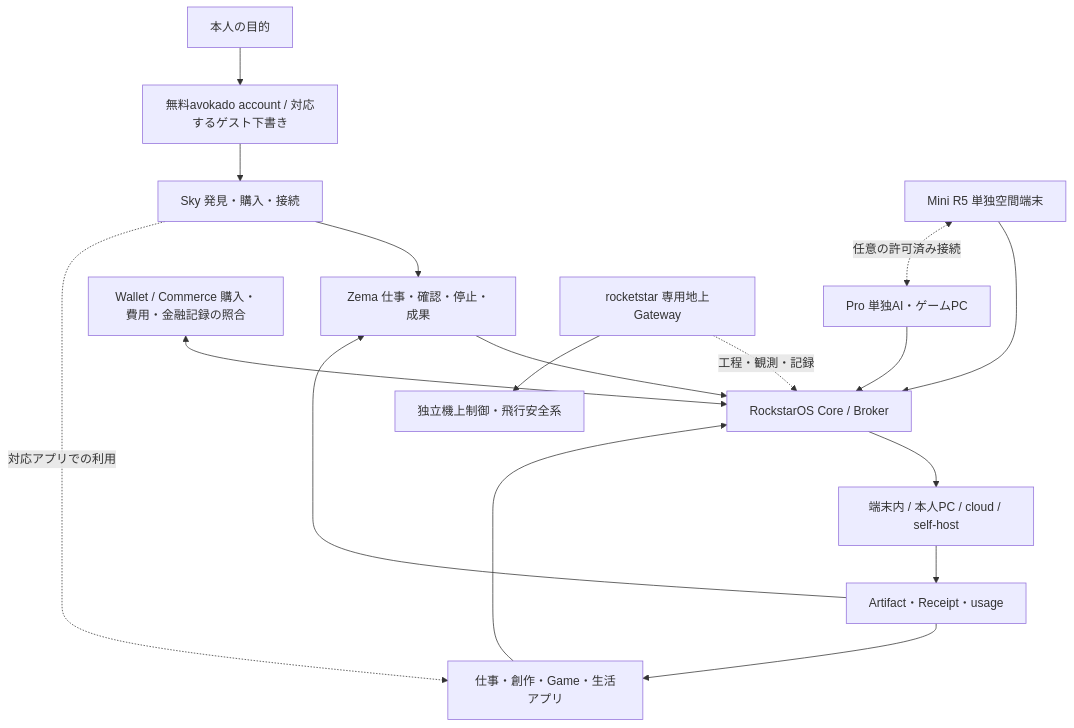
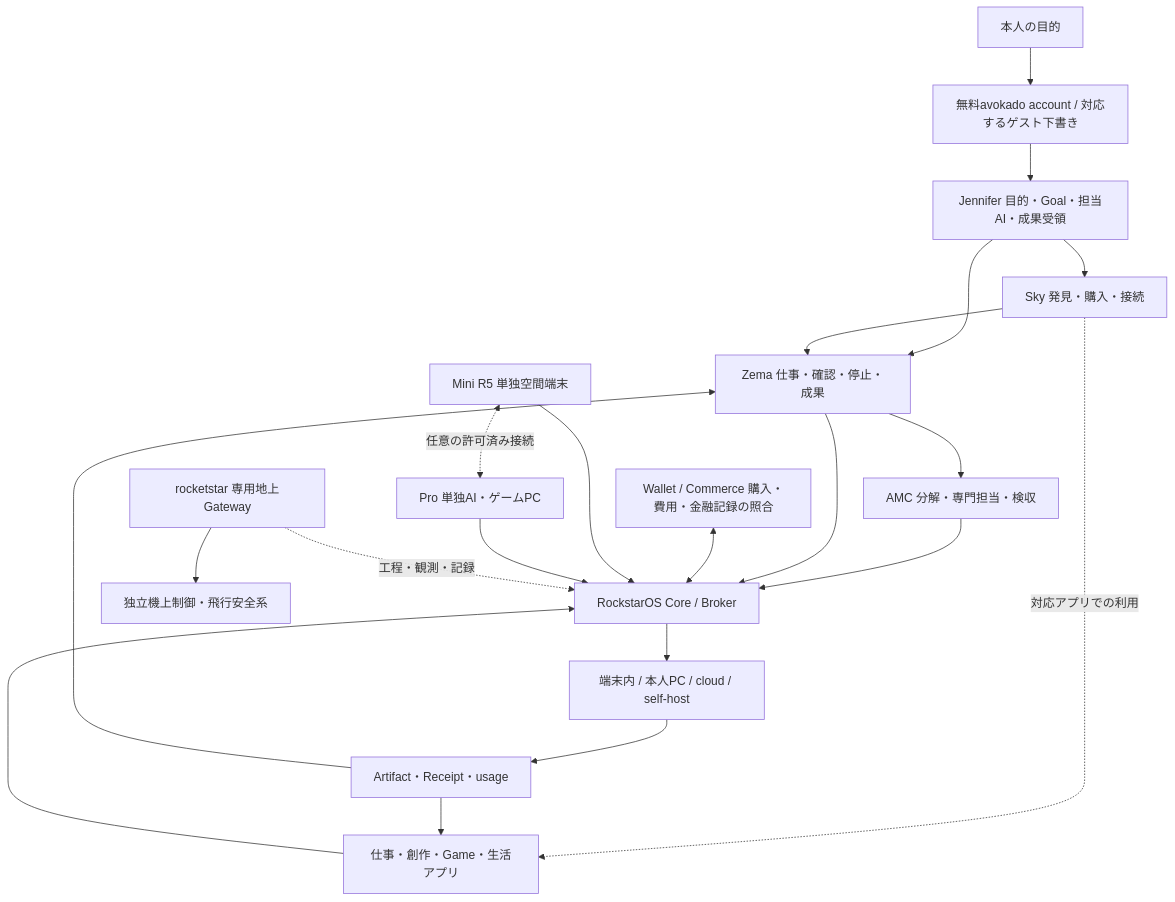
One commit to k999ln/rock changed the diagram in docs/rockstaros-product-system-map.md. Above: the diagram before and after it, drawn with Mermaid. The commit also changed other lines of this file and 20 other files, not shown here.

````diff
--- a/docs/rockstaros-product-system-map.md
+++ b/docs/rockstaros-product-system-map.md
@@ -13,19 +13,23 @@
 ```mermaid
 flowchart TB
   U[本人の目的] --> ACCOUNT[無料avokado account / 対応するゲスト下書き]
-  ACCOUNT --> SKY[Sky 発見・購入・接続]
+  ACCOUNT --> JENNIFER[Jennifer 目的・Goal・担当AI・成果受領]
+  JENNIFER --> SKY[Sky 発見・購入・接続]
+  JENNIFER --> ZEMA
   SKY --> ZEMA[Zema 仕事・確認・停止・成果]
   SKY -. 対応アプリでの利用 .-> APP[仕事・創作・Game・生活アプリ]
-  ZEMA --> CORE[RockstarOS Core / Broker]
+  ZEMA --> AMC[AMC 分解・専門担当・検収]
+  AMC --> CORE[RockstarOS Core / Broker]
+  ZEMA --> CORE
   APP --> CORE
   CORE --> EXEC[端末内 / 本人PC / cloud / self-host]
   EXEC --> RESULT[Artifact・Receipt・usage]
   RESULT --> ZEMA
   RESULT --> APP
   WALLET[Wallet / Commerce 購入・費用・金融記録の照合] <--> CORE
   MINI[Mini R5 単独空間端末] --> CORE
   PRO[Pro 単独AI・ゲームPC] --> CORE
   MINI <-. 任意の許可済み接続 .-> PRO
   RS[rocketstar 専用地上Gateway] -. 工程・観測・記録 .-> CORE
   RS --> FLIGHT[独立機上制御・飛行安全系]
 ```
````
